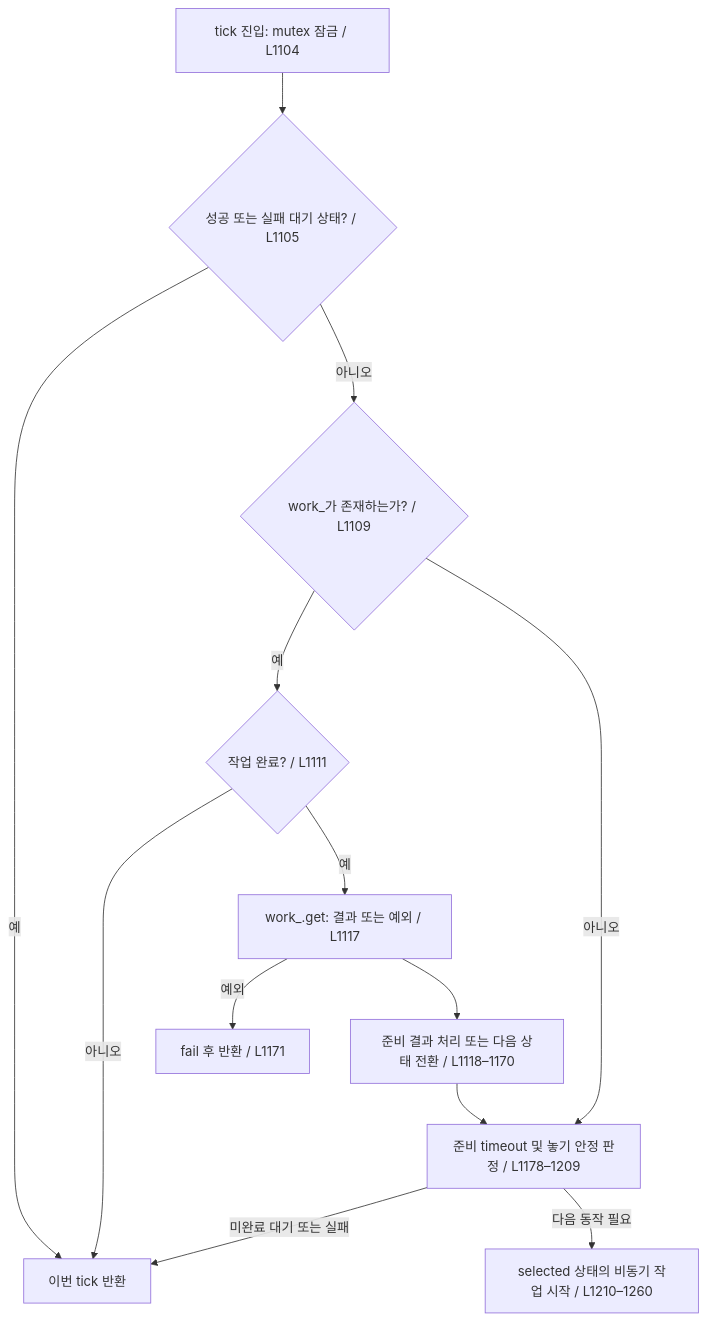
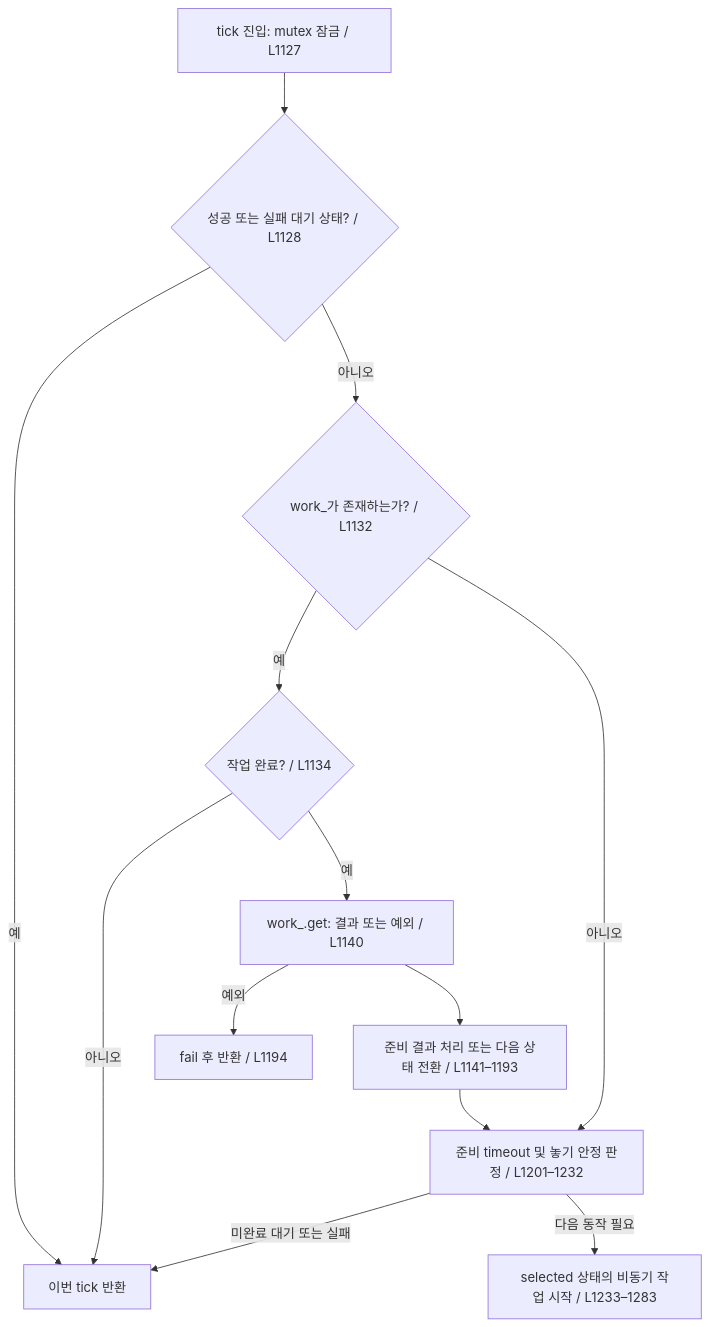
One commit to dongseoki/my_arm_with_ball changed the third of 4 diagrams in docs/pick_and_place_test_cpp해설.md. Above: the diagram before and after it, drawn with Mermaid. The commit also changed other lines of this file and 1 other file, not shown here.

````diff
--- a/docs/pick_and_place_test_cpp해설.md
+++ b/docs/pick_and_place_test_cpp해설.md
@@ -100,15 +100,15 @@
 ```mermaid
 flowchart TD
-    ENTER["tick 진입: mutex 잠금 / L1104"] --> END{"성공 또는 실패 대기 상태? / L1105"}
+    ENTER["tick 진입: mutex 잠금 / L1127"] --> END{"성공 또는 실패 대기 상태? / L1128"}
     END -->|예| RET["이번 tick 반환"]
-    END -->|아니오| HAS{"work_가 존재하는가? / L1109"}
-    HAS -->|예| DONE{"작업 완료? / L1111"}
+    END -->|아니오| HAS{"work_가 존재하는가? / L1132"}
+    HAS -->|예| DONE{"작업 완료? / L1134"}
     DONE -->|아니오| RET
-    DONE -->|예| GET["work_.get: 결과 또는 예외 / L1117"]
-    GET -->|예외| FAIL["fail 후 반환 / L1171"]
-    GET --> NEXT["준비 결과 처리 또는 다음 상태 전환 / L1118–1170"]
-    NEXT --> CHECK["준비 timeout 및 놓기 안정 판정 / L1178–1209"]
+    DONE -->|예| GET["work_.get: 결과 또는 예외 / L1140"]
+    GET -->|예외| FAIL["fail 후 반환 / L1194"]
+    GET --> NEXT["준비 결과 처리 또는 다음 상태 전환 / L1141–1193"]
+    NEXT --> CHECK["준비 timeout 및 놓기 안정 판정 / L1201–1232"]
     HAS -->|아니오| CHECK
     CHECK -->|"미완료 대기 또는 실패"| RET
-    CHECK -->|"다음 동작 필요"| START["selected 상태의 비동기 작업 시작 / L1210–1260"]
+    CHECK -->|"다음 동작 필요"| START["selected 상태의 비동기 작업 시작 / L1233–1283"]
 ```
````
